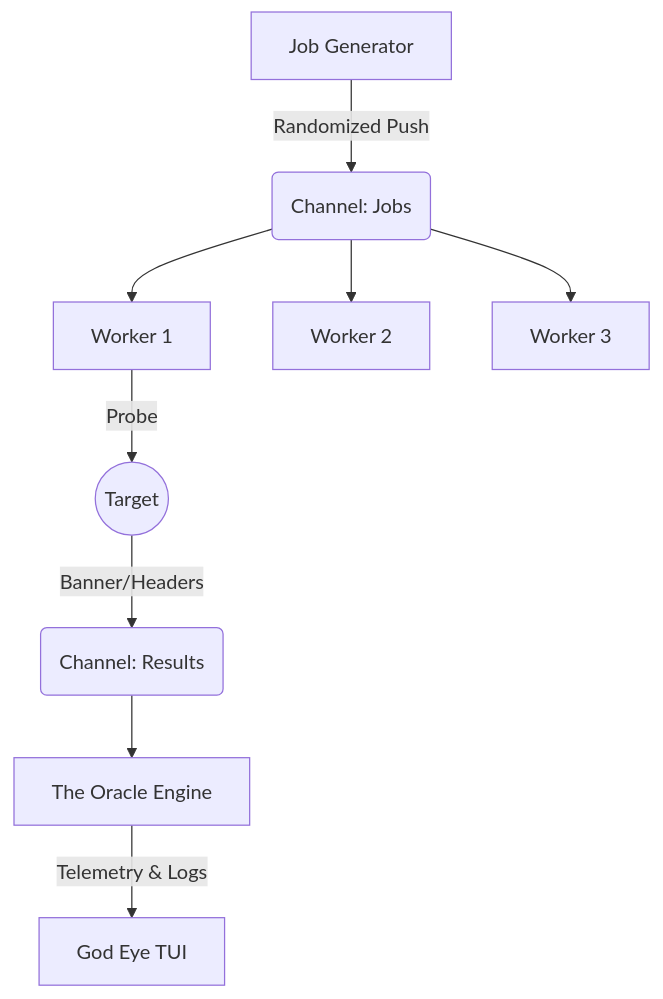
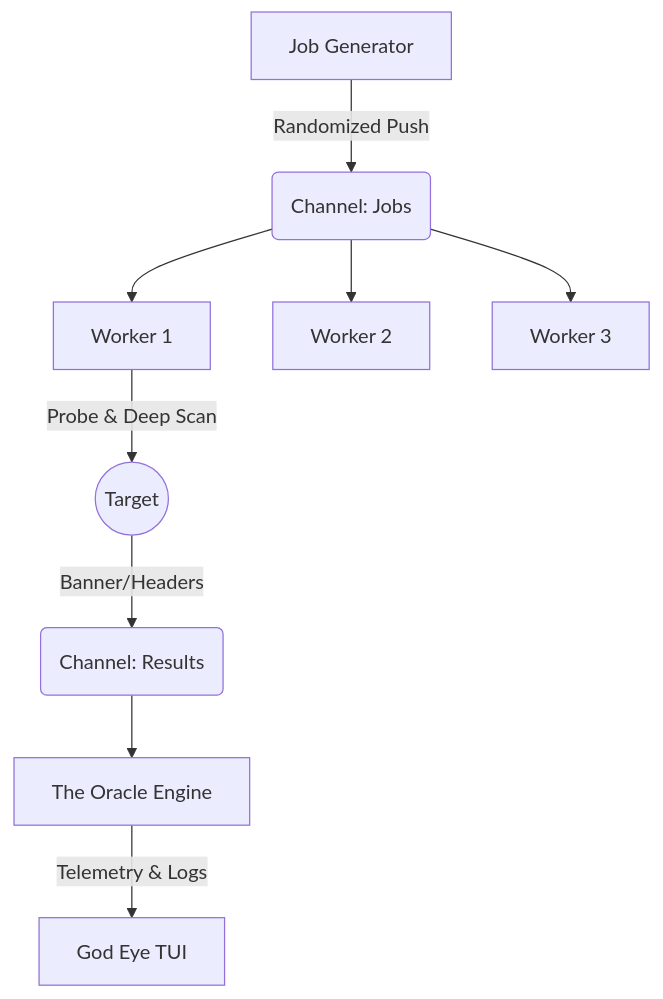
One commit to StaiLee/Argos changed the diagram in README.md. Above: the diagram before and after it, drawn with Mermaid. The commit also changed other lines of this file, not shown here.

````diff
--- a/README.md
+++ b/README.md
@@ -113,11 +124,11 @@
 ```mermaid
 graph TD;
     Generator[Job Generator] -->|Randomized Push| Jobs(Channel: Jobs);
     Jobs --> Worker1[Worker 1];
     Jobs --> Worker2[Worker 2];
     Jobs --> Worker3[Worker 3];
-    Worker1 -->|Probe| Network((Target));
+    Worker1 -->|Probe & Deep Scan| Network((Target));
     Network -->|Banner/Headers| Results(Channel: Results);
     Results --> Oracle[The Oracle Engine];
     Oracle -->|Telemetry & Logs| Dashboard[God Eye TUI];
 ```
````
